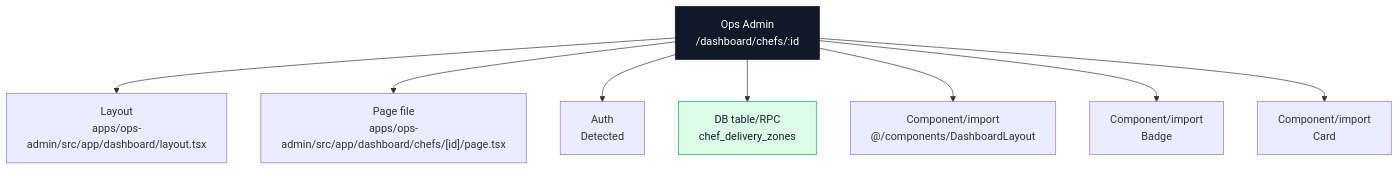
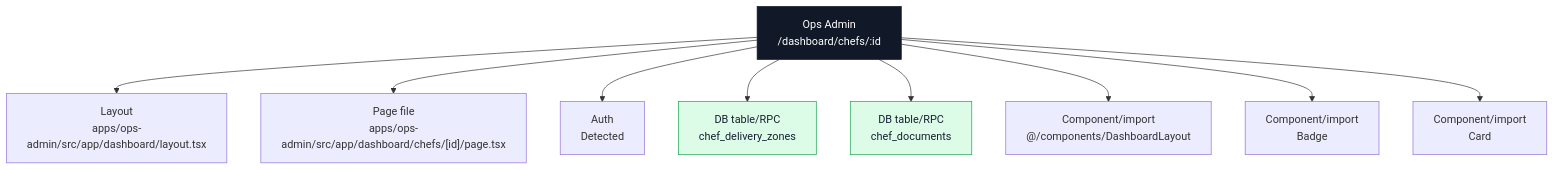
One commit to Ritenoob/ridendine-marketplace changed the sixth of 40 diagrams in docs/architecture/codebase-map/pages/ops-admin-pages.md. Above: the diagram before and after it, drawn with Mermaid. The commit also changed other lines of this file and 50 other files, not shown here.

````diff
--- a/docs/architecture/codebase-map/pages/ops-admin-pages.md
+++ b/docs/architecture/codebase-map/pages/ops-admin-pages.md
@@ -379,24 +385,26 @@
 ```mermaid
 flowchart TB
   Page["Ops Admin<br/>/dashboard/chefs/:id"]
   Layout["Layout<br/>apps/ops-admin/src/app/dashboard/layout.tsx"]
   File["Page file<br/>apps/ops-admin/src/app/dashboard/chefs/[id]/page.tsx"]
   Auth["Auth<br/>Detected"]
   Page --> Layout
   Page --> File
   Page --> Auth
   Table0["DB table/RPC<br/>chef_delivery_zones"]
   Page --> Table0
+  Table1["DB table/RPC<br/>chef_documents"]
+  Page --> Table1
   Component0["Component/import<br/>@/components/DashboardLayout"]
   Page --> Component0
   Component1["Component/import<br/>Badge"]
   Page --> Component1
   Component2["Component/import<br/>Card"]
   Page --> Component2
   classDef page fill:#111827,stroke:#111827,color:#ffffff
   classDef data fill:#dcfce7,stroke:#16a34a,color:#172033
   classDef api fill:#dbeafe,stroke:#2563eb,color:#172033
   classDef warn fill:#fef3c7,stroke:#f59e0b,color:#172033
   class Page page
-  class Table0 data
+  class Table0,Table1 data
 ```
````
